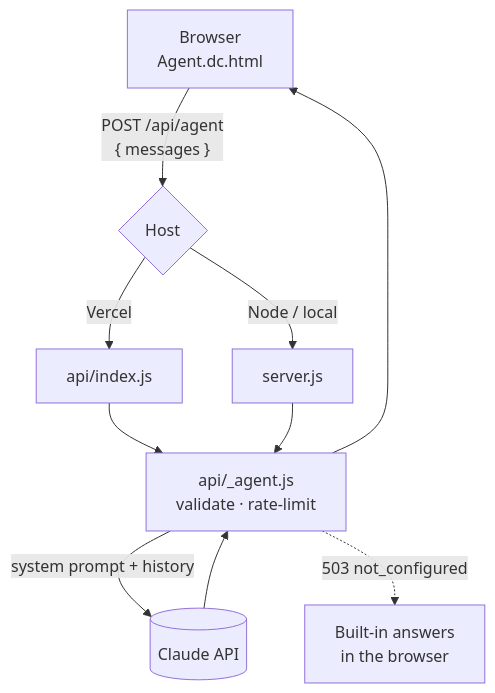
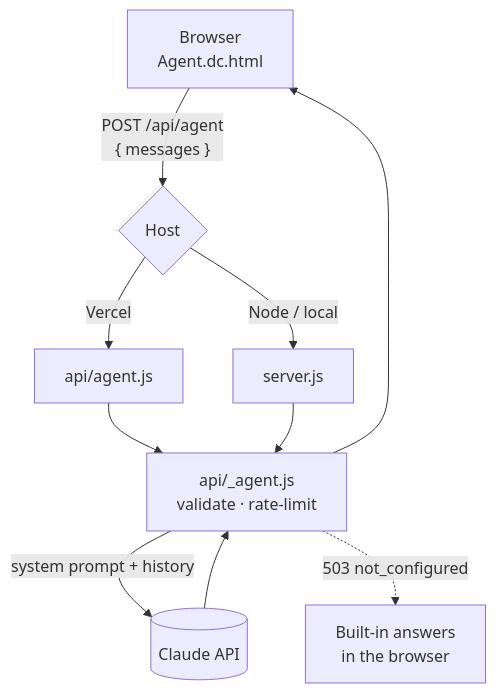
Before and after one commit to JawadulHadi/juh_Bukhari_Portfolio: the diagram in README.md, drawn with Mermaid. The commit also changed other lines of this file and 16 other files, not shown here.

````diff
--- a/README.md
+++ b/README.md
@@ -116,12 +120,12 @@
 ```mermaid
 flowchart TB
     B["Browser<br>Agent.dc.html"] -- POST /api/agent<br>{ messages } --> H{"Host"}
-    H -- Vercel --> V["api/index.js"]
+    H -- Vercel --> V["api/agent.js"]
     H -- Node / local --> E["server.js"]
     V --> A["api/_agent.js<br>validate · rate-limit"]
     E --> A
     A -- system prompt + history --> C[("Claude API")]
     C --> A
     A --> B
     A -. 503 not_configured .-> F["Built-in answers<br>in the browser"]
 ```
````
